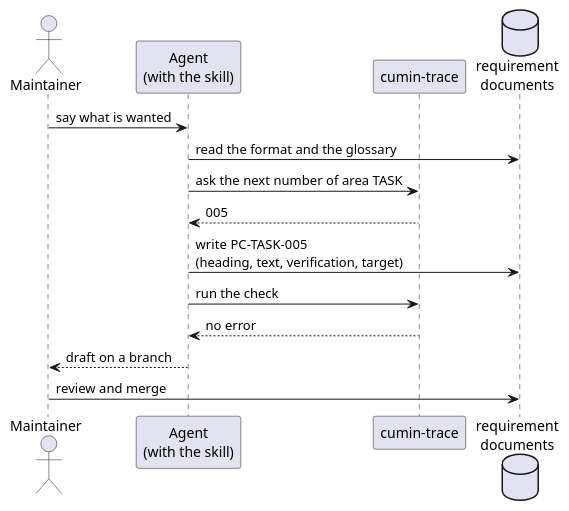
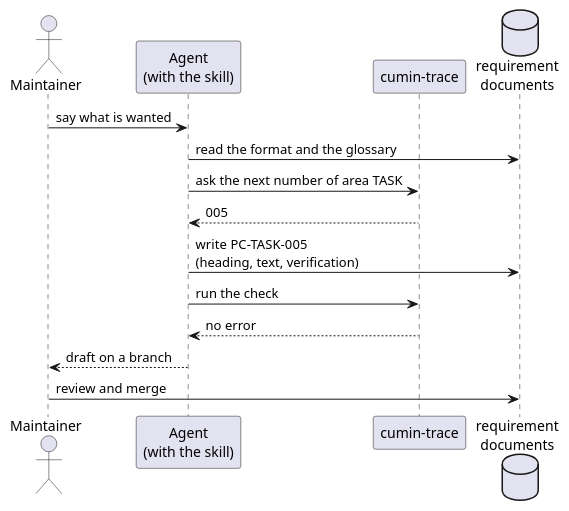
One commit to cloveclovedev/cumin-trace changed the diagram in docs/ja/requirements/templates-authoring.puml. Above: the diagram before and after it, drawn with PlantUML. The commit also changed 15 other files, not shown here.

First line of the commit message:
docs(requirements): set the ID apart in the heading, drop the target field, and end each requirement with a rule

```diff
--- a/docs/ja/requirements/templates-authoring.puml
+++ b/docs/ja/requirements/templates-authoring.puml
@@ -1,18 +1,18 @@
 @startuml templates-authoring
 skinparam shadowing false
 
 actor Maintainer
 participant "Agent\n(with the skill)" as agent
 participant "cumin-trace" as ct
 database "requirement\ndocuments" as docs
 
 Maintainer -> agent : say what is wanted
 agent -> docs : read the format and the glossary
 agent -> ct : ask the next number of area TASK
 ct --> agent : 005
-agent -> docs : write PC-TASK-005\n(heading, text, verification, target)
+agent -> docs : write PC-TASK-005\n(heading, text, verification)
 agent -> ct : run the check
 ct --> agent : no error
 agent --> Maintainer : draft on a branch
 Maintainer -> docs : review and merge
 @enduml
```
